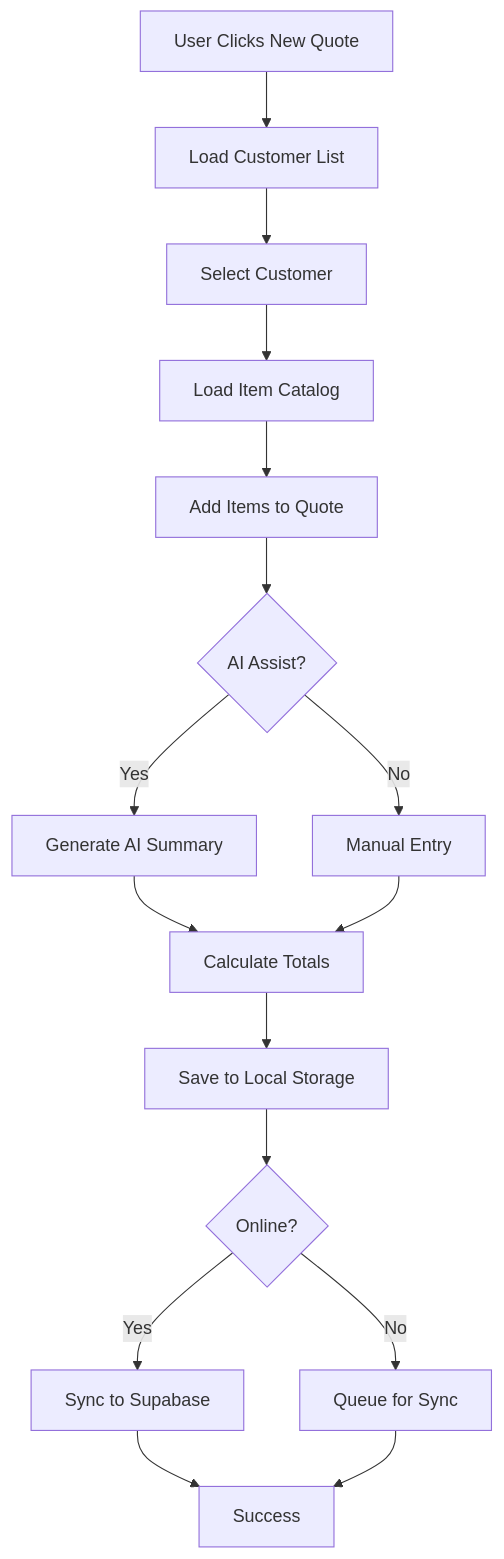
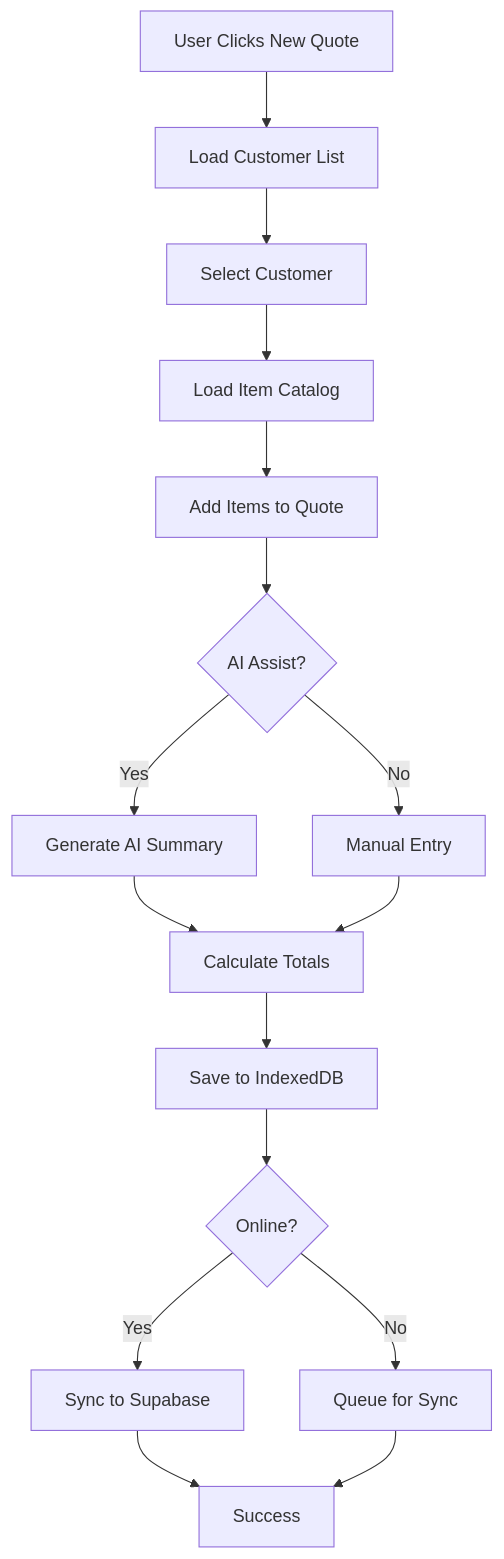
Before and after one commit to floridasonconsulting/quoteitai: the first of 4 diagrams in MASTERSYSTEMREFERENCE.md, drawn with Mermaid. The commit also changed other lines of this file, not shown here.

````diff
--- a/MASTERSYSTEMREFERENCE.md
+++ b/MASTERSYSTEMREFERENCE.md
@@ -289,18 +306,18 @@
 ```mermaid
 graph TD
     A[User Clicks New Quote] --> B[Load Customer List]
     B --> C[Select Customer]
     C --> D[Load Item Catalog]
     D --> E[Add Items to Quote]
     E --> F{AI Assist?}
     F -->|Yes| G[Generate AI Summary]
     F -->|No| H[Manual Entry]
     G --> I[Calculate Totals]
     H --> I
-    I --> J[Save to Local Storage]
+    I --> J[Save to IndexedDB]
     J --> K{Online?}
     K -->|Yes| L[Sync to Supabase]
     K -->|No| M[Queue for Sync]
     L --> N[Success]
     M --> N
 ```
````
